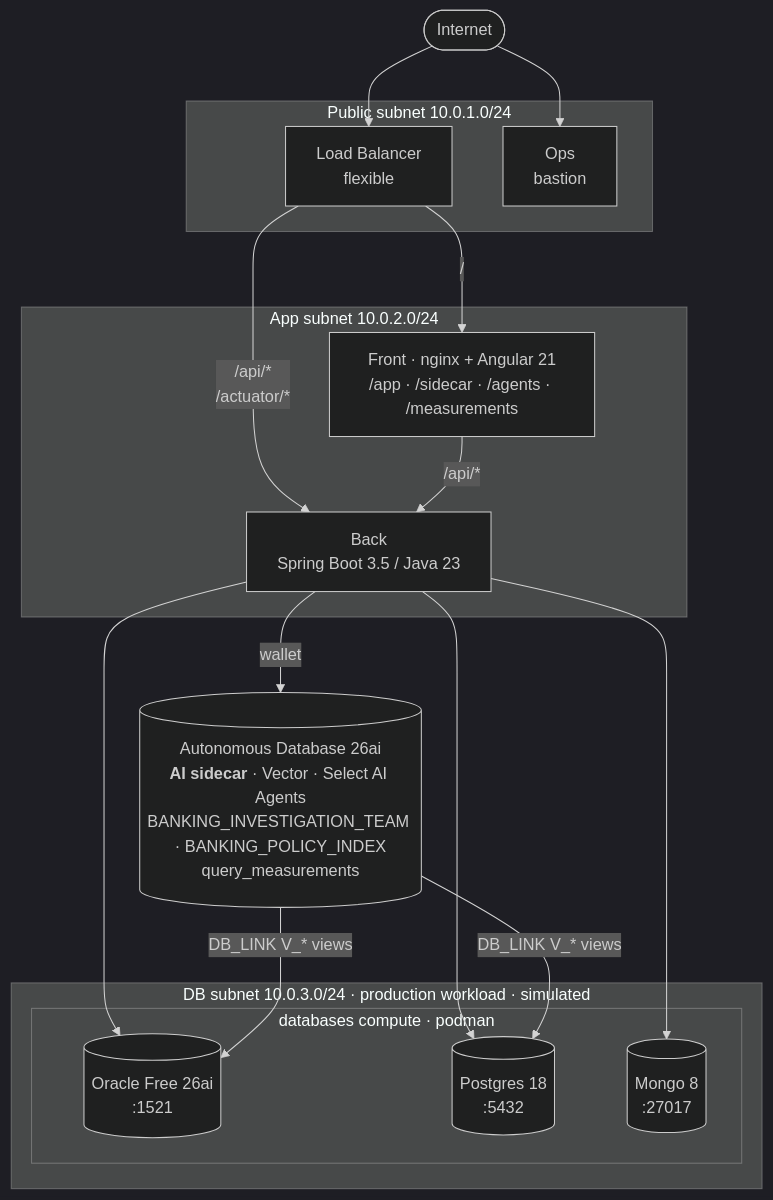
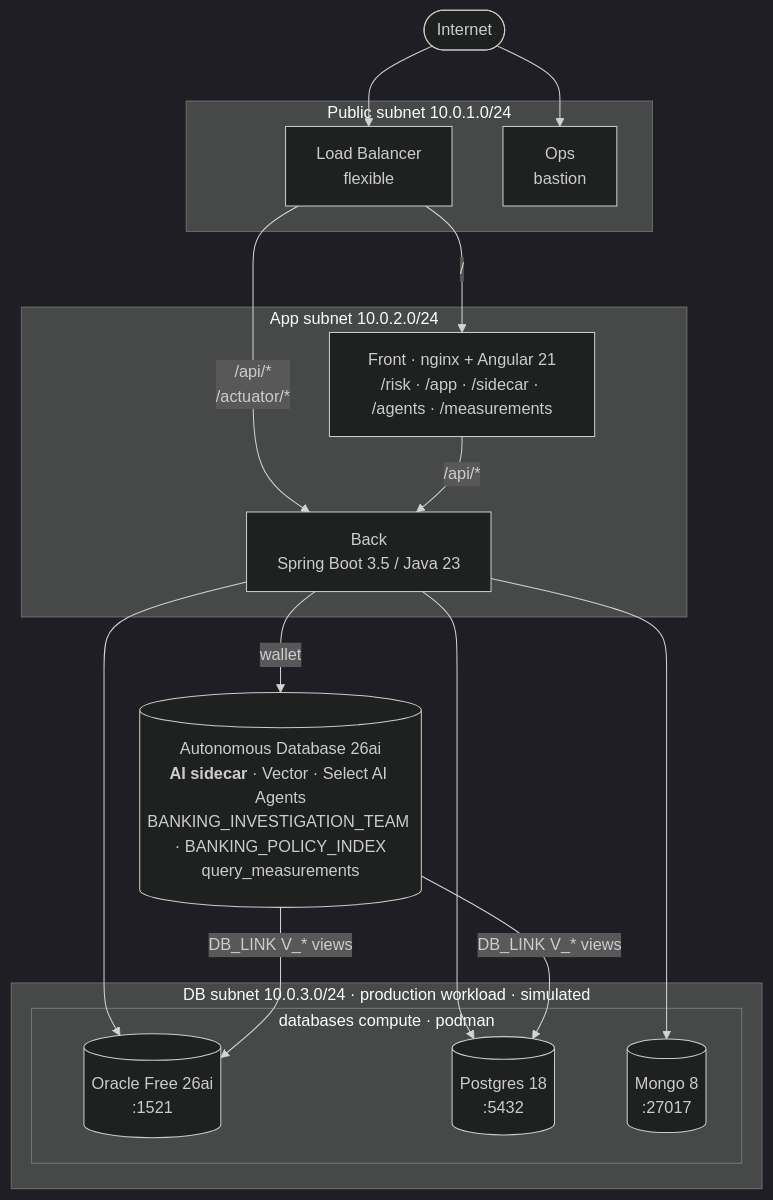
The fourth of 4 diagrams in README.md (vmleon/oracle-adb-sidecar-architecture), drawn with Mermaid (dark theme) before and after one commit. The commit also changed other lines of this file and 8 other files, not shown here.

First line of the commit message:
feat(risk): add Risk Dashboard with KPIs, charts, and rule violations

````diff
--- a/README.md
+++ b/README.md
@@ -117,36 +173,36 @@
 ```mermaid
 flowchart TB
     internet([Internet])
 
     subgraph public [Public subnet 10.0.1.0/24]
         lb[Load Balancer<br/>flexible]
         ops[Ops<br/>bastion]
     end
 
     subgraph appnet [App subnet 10.0.2.0/24]
-        front["Front · nginx + Angular 21<br/>/app · /sidecar · /agents · /measurements"]
+        front["Front · nginx + Angular 21<br/>/risk · /app · /sidecar · /agents · /measurements"]
         back[Back<br/>Spring Boot 3.5 / Java 23]
     end
 
     subgraph dbnet [DB subnet 10.0.3.0/24 · production workload · simulated]
         subgraph databases [databases compute · podman]
             oracle[(Oracle Free 26ai<br/>:1521)]
             postgres[(Postgres 18<br/>:5432)]
             mongo[(Mongo 8<br/>:27017)]
         end
     end
 
     adb[(Autonomous Database 26ai<br/><b>AI sidecar</b> · Vector · Select AI Agents<br/>BANKING_INVESTIGATION_TEAM · BANKING_POLICY_INDEX<br/>query_measurements)]
 
     internet --> lb
     internet --> ops
     lb -->|/| front
     lb -->|/api/*<br/>/actuator/*| back
     front -->|/api/*| back
     back -->|wallet| adb
     back --> oracle
     back --> postgres
     back --> mongo
     adb -->|DB_LINK V_* views| oracle
     adb -->|DB_LINK V_* views| postgres
 ```
````
